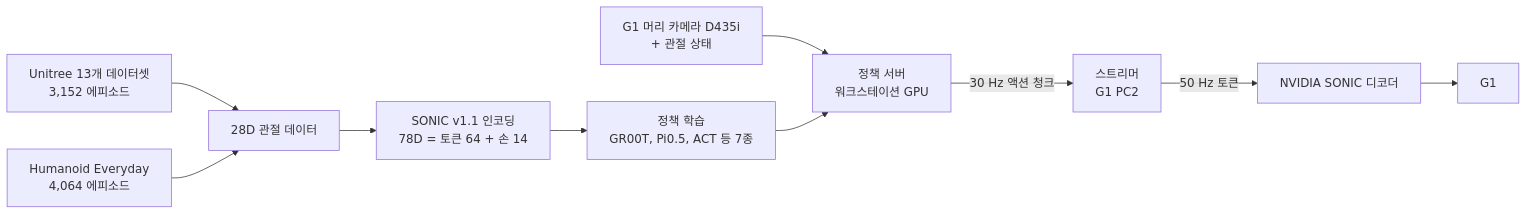
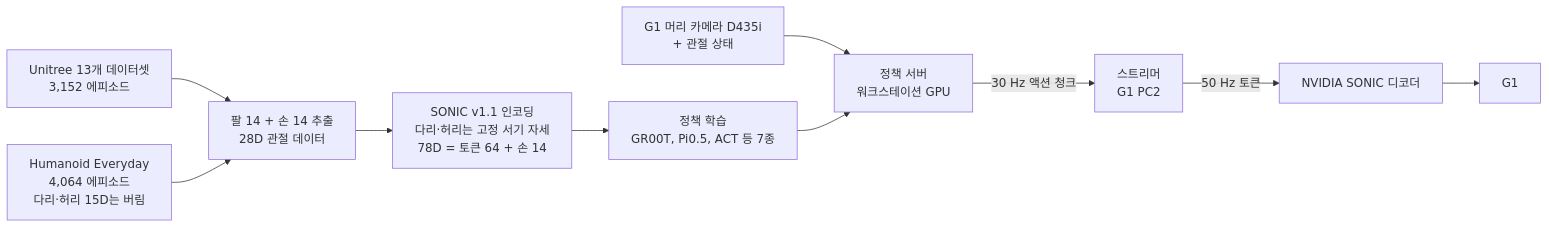
Before and after one commit to caisarl76/lerobot: the diagram in docs/research/impl-log-ko/00-index.md, drawn with Mermaid. The commit also changed 1 other file, not shown here.

Commit message:
docs(g1-dex3): Korean log: how HE becomes 28D and SONIC 78D (legs and waist dropped, walking episodes kept)

````diff
--- a/docs/research/impl-log-ko/00-index.md
+++ b/docs/research/impl-log-ko/00-index.md
@@ -30,11 +30,11 @@
 ```mermaid
 flowchart LR
-  A[Unitree 13개 데이터셋<br/>3,152 에피소드] --> C[28D 관절 데이터]
-  B[Humanoid Everyday<br/>4,064 에피소드] --> C
-  C --> D[SONIC v1.1 인코딩<br/>78D = 토큰 64 + 손 14]
+  A[Unitree 13개 데이터셋<br/>3,152 에피소드] --> C[팔 14 + 손 14 추출<br/>28D 관절 데이터]
+  B[Humanoid Everyday<br/>4,064 에피소드<br/>다리·허리 15D는 버림] --> C
+  C --> D[SONIC v1.1 인코딩<br/>다리·허리는 고정 서기 자세<br/>78D = 토큰 64 + 손 14]
   D --> E[정책 학습<br/>GR00T, Pi0.5, ACT 등 7종]
   F[G1 머리 카메라 D435i<br/>+ 관절 상태] --> G[정책 서버<br/>워크스테이션 GPU]
   E --> G
   G -->|30 Hz 액션 청크| H[스트리머<br/>G1 PC2]
   H -->|50 Hz 토큰| I[NVIDIA SONIC 디코더] --> J[G1]
 ```
````
